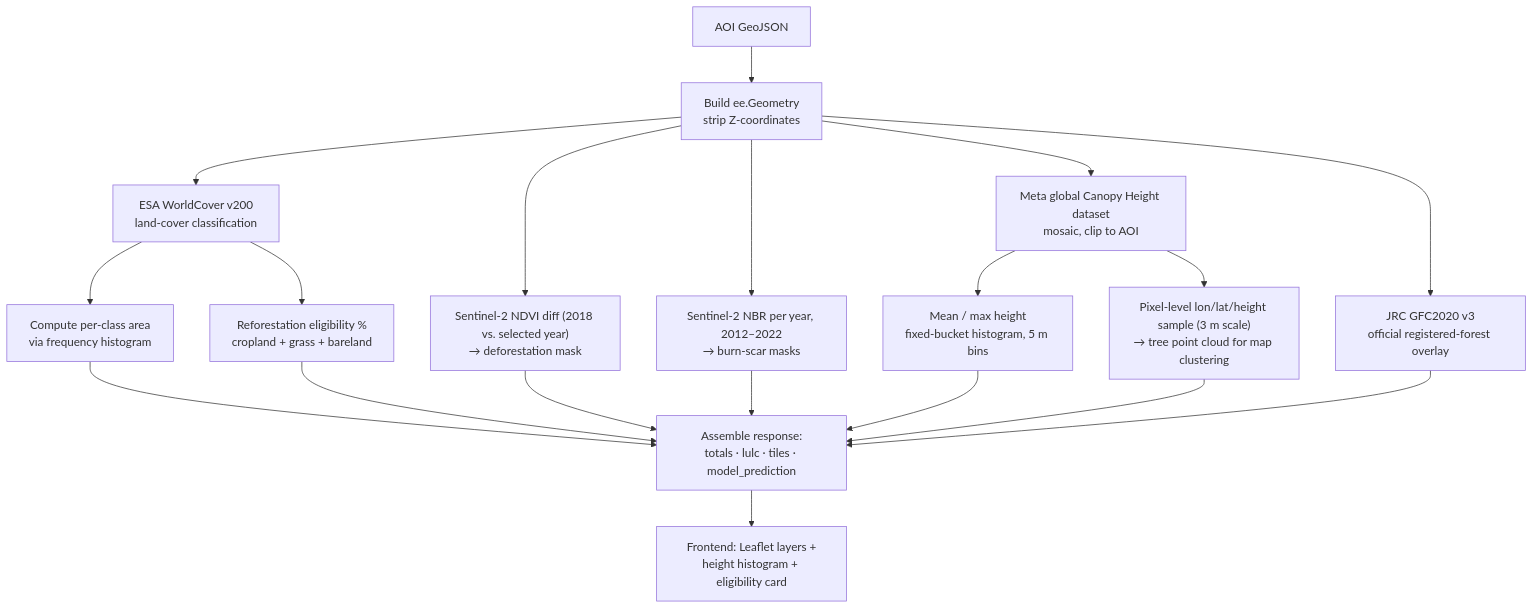
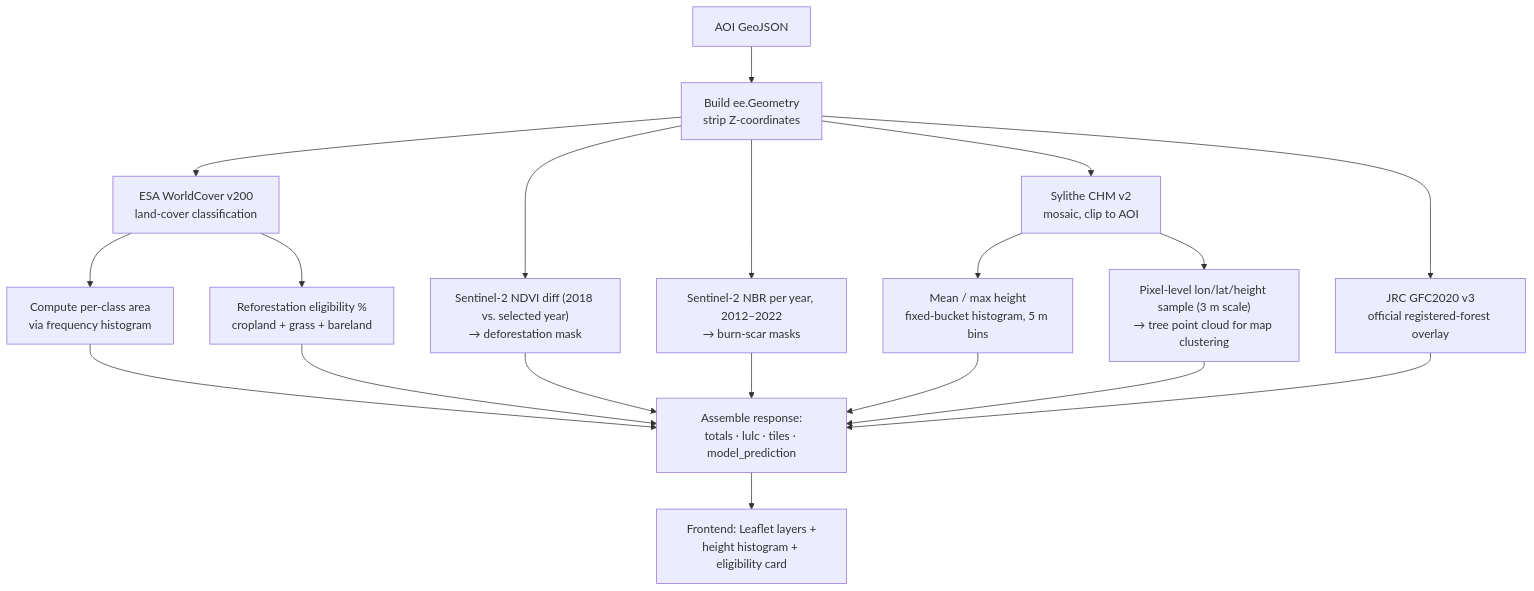
The fourth of 7 diagrams in README.md (karan27-dev/sylithe-v2), drawn with Mermaid before and after one commit. The commit also changed other lines of this file, not shown here.

First line of the commit message:
Rebrand canopy height source as Sylithe CHM v2 in README

````diff
--- a/README.md
+++ b/README.md
@@ -237,15 +237,15 @@
 ```mermaid
 flowchart TD
     A[AOI GeoJSON] --> B[Build ee.Geometry<br/>strip Z-coordinates]
     B --> C[ESA WorldCover v200<br/>land-cover classification]
     C --> D[Compute per-class area<br/>via frequency histogram]
     C --> E[Reforestation eligibility %<br/>cropland + grass + bareland]
     B --> F["Sentinel-2 NDVI diff (2018 vs. selected year)<br/>→ deforestation mask"]
     B --> G["Sentinel-2 NBR per year, 2012–2022<br/>→ burn-scar masks"]
-    B --> H["Meta global Canopy Height dataset<br/>mosaic, clip to AOI"]
+    B --> H["Sylithe CHM v2<br/>mosaic, clip to AOI"]
     H --> I[Mean / max height<br/>fixed-bucket histogram, 5 m bins]
     H --> J["Pixel-level lon/lat/height sample (3 m scale)<br/>→ tree point cloud for map clustering"]
     B --> K["JRC GFC2020 v3<br/>official registered-forest overlay"]
     D & E & F & G & I & J & K --> L[Assemble response:<br/>totals · lulc · tiles · model_prediction]
     L --> M[Frontend: Leaflet layers +<br/>height histogram + eligibility card]
 ```
````
